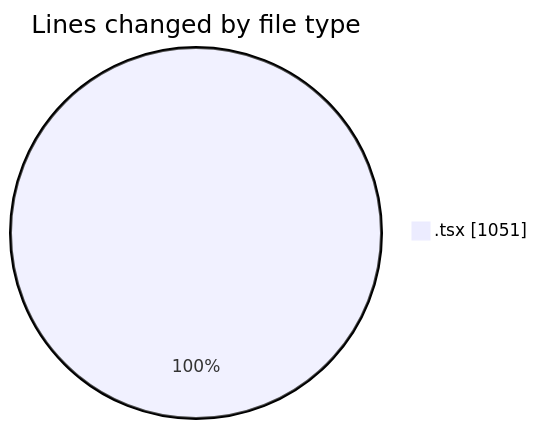
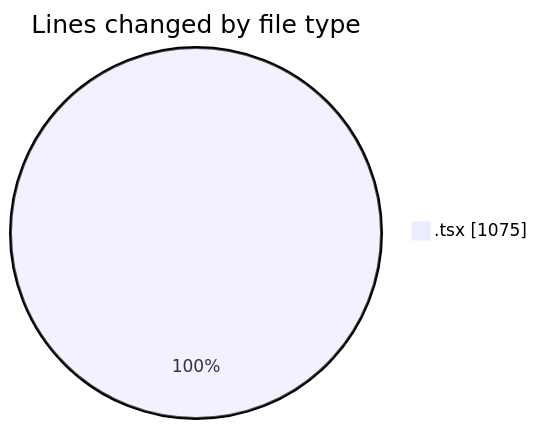
Before and after one commit to nxtqubesakshisongat/code-tracking: the first of 2 diagrams in 2026-08-09/nxtqube_webapp/README.md, drawn with Mermaid. The commit also changed other lines of this file and 1 other file, not shown here.

````diff
--- a/2026-08-09/nxtqube_webapp/README.md
+++ b/2026-08-09/nxtqube_webapp/README.md
@@ -23,5 +23,5 @@
 ```mermaid
 pie showData
 title Lines changed by file type
-".tsx" : 1051
+".tsx" : 1075
 ```
````
